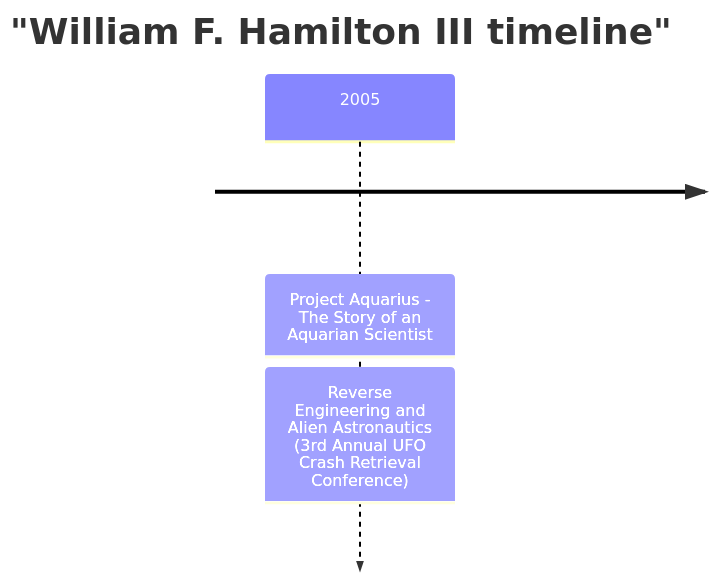
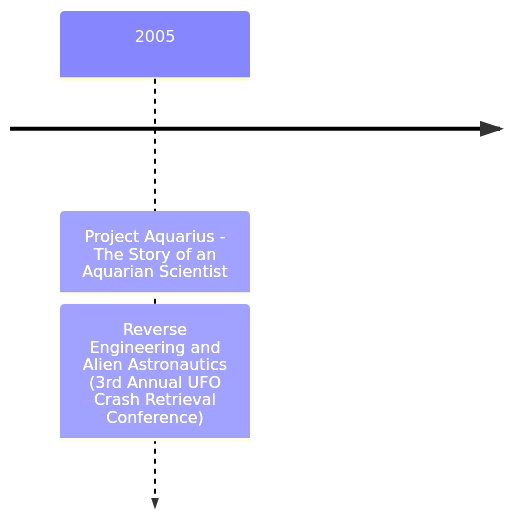
One commit to Black-Star-Institute/blackstar.github.io changed the diagram in docs/people/hamilton_william_f.md. Above: the diagram before and after it, drawn with Mermaid.

````diff
--- a/docs/people/hamilton_william_f.md
+++ b/docs/people/hamilton_william_f.md
@@ -15,7 +15,5 @@
 ```mermaid
 timeline
-    title "William F. Hamilton III timeline"
-
     2005 : Project Aquarius - The Story of an Aquarian Scientist
          : Reverse Engineering and Alien Astronautics (3rd Annual UFO Crash Retrieval Conference)
 ```
````
